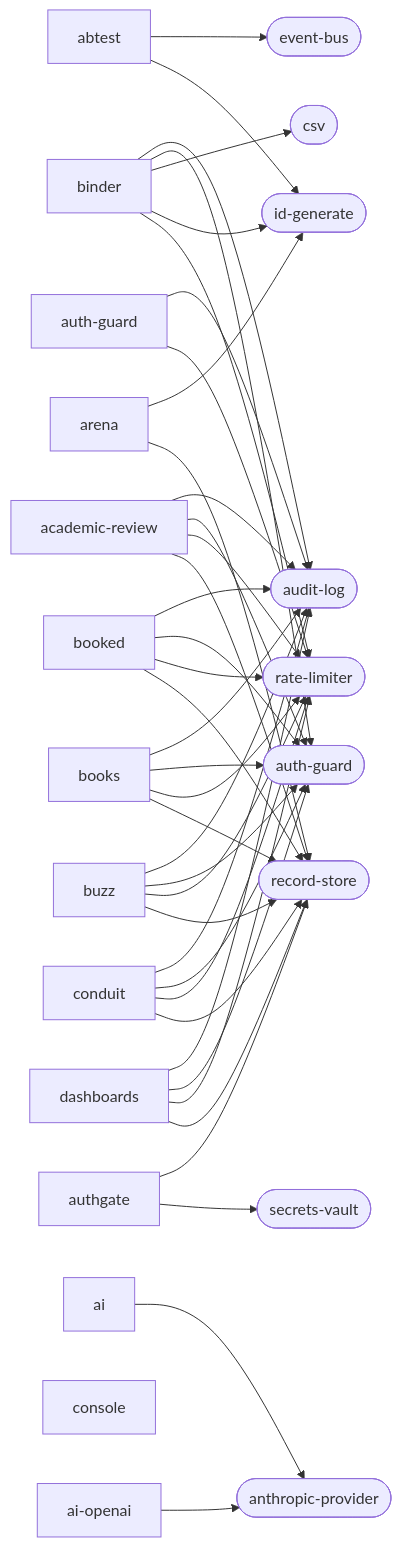
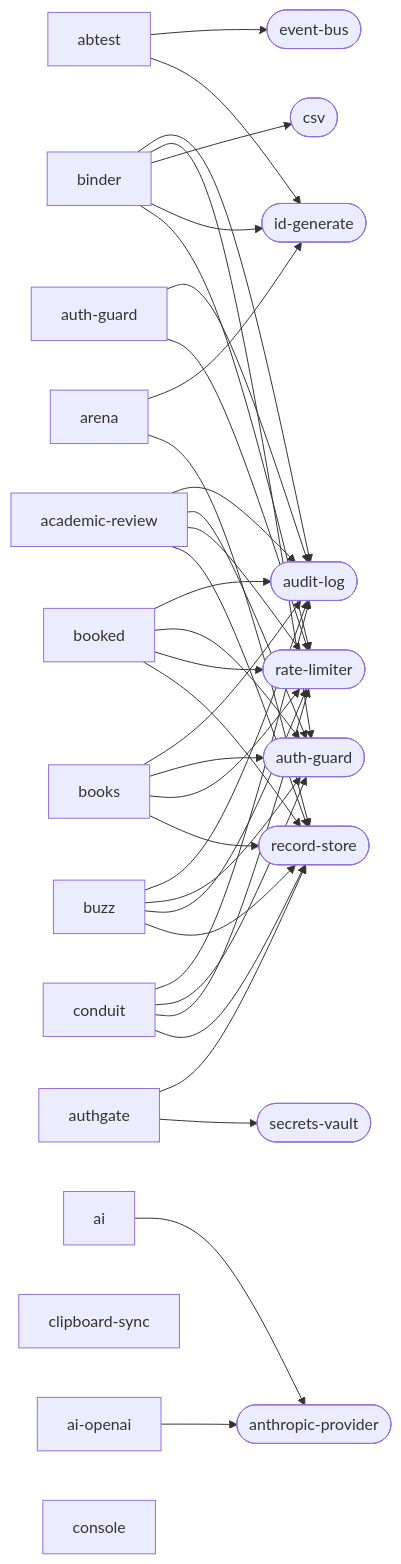
One commit to markkovari/holon changed the second of 2 diagrams in docs/CAPABILITY-GRAPH.md. Above: the diagram before and after it, drawn with Mermaid. The commit also changed other lines of this file and 1 other file, not shown here.

````diff
--- a/docs/CAPABILITY-GRAPH.md
+++ b/docs/CAPABILITY-GRAPH.md
@@ -317,56 +341,52 @@
 ```mermaid
 graph LR
   app_abtest["abtest"]
   app_abtest --> event_bus([event-bus])
   app_abtest --> id_generate([id-generate])
   app_academic_review["academic-review"]
   app_academic_review --> audit_log([audit-log])
   app_academic_review --> auth_guard([auth-guard])
   app_academic_review --> rate_limiter([rate-limiter])
   app_academic_review --> record_store([record-store])
   app_ai["ai"]
   app_ai --> anthropic_provider([anthropic-provider])
   app_ai_openai["ai-openai"]
   app_ai_openai --> anthropic_provider([anthropic-provider])
   app_arena["arena"]
   app_arena --> id_generate([id-generate])
   app_arena --> record_store([record-store])
   app_auth_guard["auth-guard"]
   app_auth_guard --> audit_log([audit-log])
   app_auth_guard --> rate_limiter([rate-limiter])
   app_authgate["authgate"]
   app_authgate --> record_store([record-store])
   app_authgate --> secrets_vault([secrets-vault])
   app_binder["binder"]
   app_binder --> audit_log([audit-log])
   app_binder --> auth_guard([auth-guard])
   app_binder --> csv([csv])
   app_binder --> id_generate([id-generate])
   app_binder --> rate_limiter([rate-limiter])
   app_booked["booked"]
   app_booked --> audit_log([audit-log])
   app_booked --> auth_guard([auth-guard])
   app_booked --> rate_limiter([rate-limiter])
   app_booked --> record_store([record-store])
   app_books["books"]
   app_books --> audit_log([audit-log])
   app_books --> auth_guard([auth-guard])
   app_books --> rate_limiter([rate-limiter])
   app_books --> record_store([record-store])
   app_buzz["buzz"]
   app_buzz --> audit_log([audit-log])
   app_buzz --> auth_guard([auth-guard])
   app_buzz --> rate_limiter([rate-limiter])
   app_buzz --> record_store([record-store])
+  app_clipboard_sync["clipboard-sync"]
   app_conduit["conduit"]
   app_conduit --> audit_log([audit-log])
   app_conduit --> auth_guard([auth-guard])
   app_conduit --> rate_limiter([rate-limiter])
   app_conduit --> record_store([record-store])
   app_console["console"]
-  app_dashboards["dashboards"]
-  app_dashboards --> audit_log([audit-log])
-  app_dashboards --> auth_guard([auth-guard])
-  app_dashboards --> rate_limiter([rate-limiter])
-  app_dashboards --> record_store([record-store])
 ```
````
